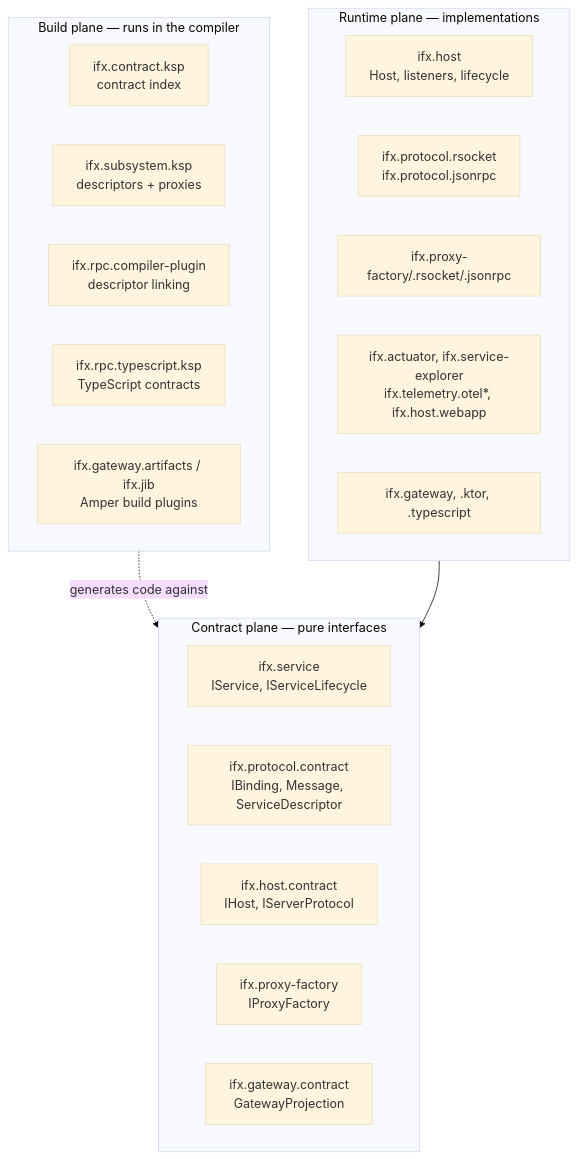
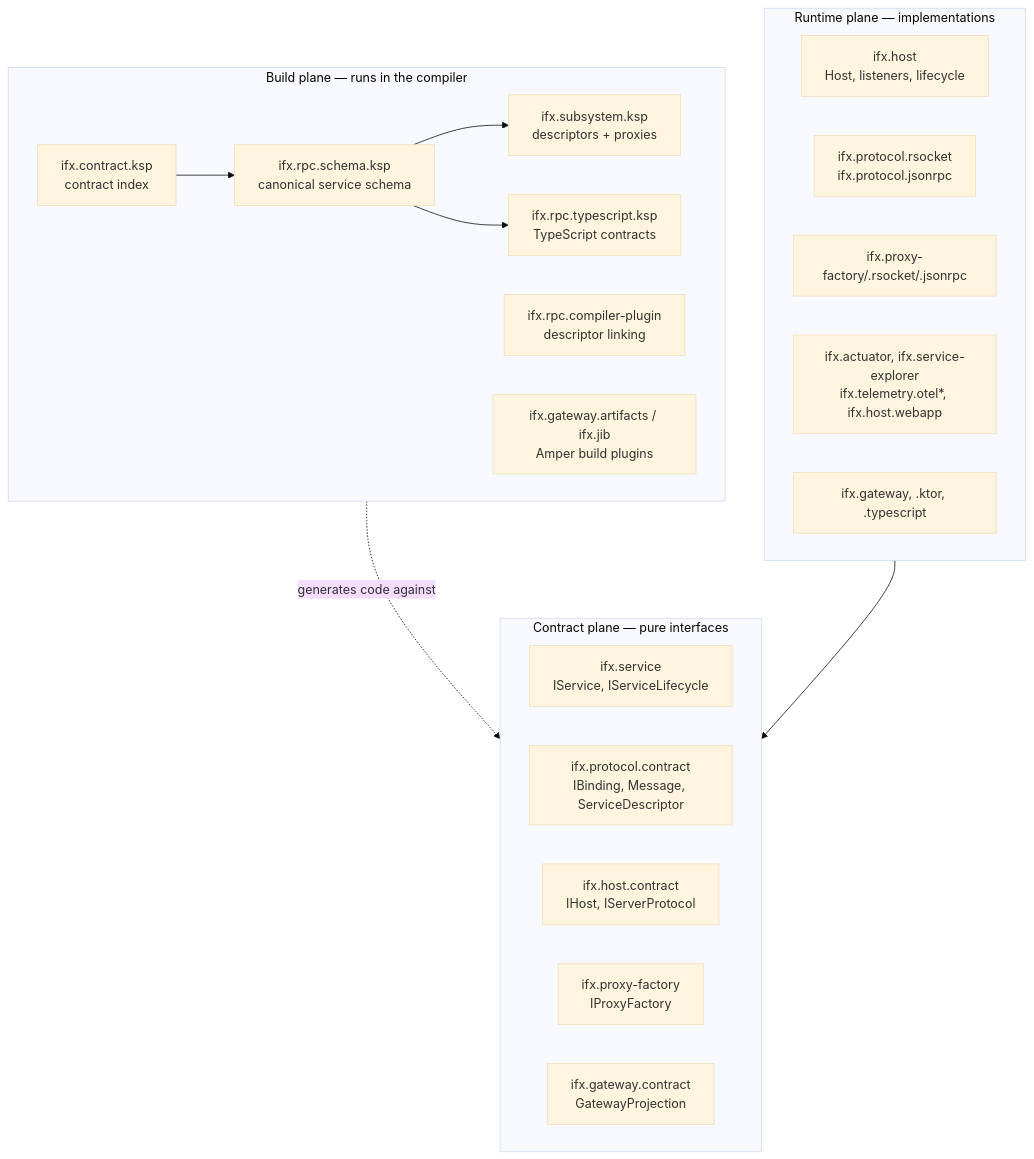
The first of 3 diagrams in docs/architecture.md (carbide-ifx/carbide), drawn with Mermaid (base theme) before and after one commit. The commit also changed 21 other files, not shown here.

Commit message:
Unify generated service schemas

````diff
--- a/docs/architecture.md
+++ b/docs/architecture.md
@@ -26,29 +26,33 @@
 ```mermaid
 flowchart TB
     subgraph build["Build plane — runs in the compiler"]
         idx["ifx.contract.ksp<br/>contract index"]
+        schema["ifx.rpc.schema.ksp<br/>canonical service schema"]
         desc["ifx.subsystem.ksp<br/>descriptors + proxies"]
         ir["ifx.rpc.compiler-plugin<br/>descriptor linking"]
         ts["ifx.rpc.typescript.ksp<br/>TypeScript contracts"]
         art["ifx.gateway.artifacts / ifx.jib<br/>Amper build plugins"]
+        idx --> schema
+        schema --> desc
+        schema --> ts
     end
 
     subgraph contract["Contract plane — pure interfaces"]
         svc["ifx.service<br/>IService, IServiceLifecycle"]
         proto["ifx.protocol.contract<br/>IBinding, Message, ServiceDescriptor"]
         hostc["ifx.host.contract<br/>IHost, IServerProtocol"]
         proxyc["ifx.proxy-factory<br/>IProxyFactory"]
         gwc["ifx.gateway.contract<br/>GatewayProjection"]
     end
 
     subgraph runtime["Runtime plane — implementations"]
         host["ifx.host<br/>Host, listeners, lifecycle"]
         protos["ifx.protocol.rsocket<br/>ifx.protocol.jsonrpc"]
         proxies["ifx.proxy-factory/.rsocket/.jsonrpc"]
         tools["ifx.actuator, ifx.service-explorer<br/>ifx.telemetry.otel*, ifx.host.webapp"]
         gw["ifx.gateway, .ktor, .typescript"]
     end
 
     build -. "generates code against" .-> contract
     runtime --> contract
 ```
````
